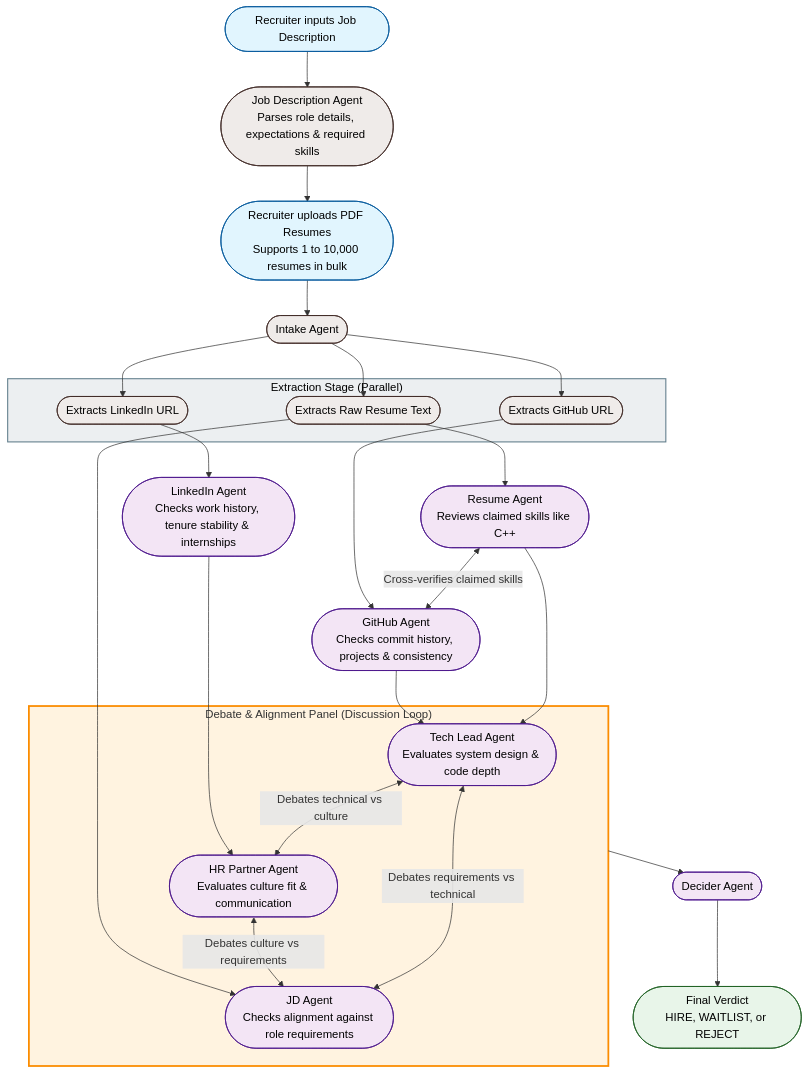
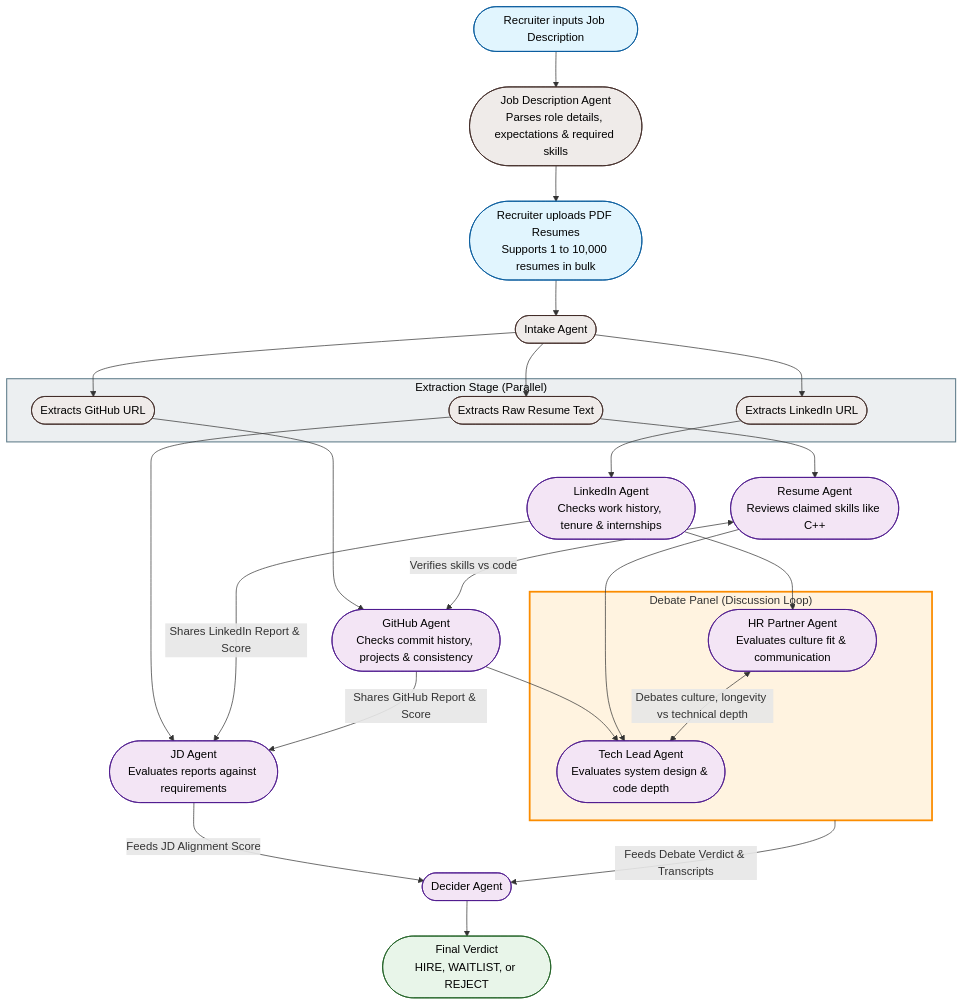
Before and after one commit to Mahesh-Nandigam/HirePanel.Ai: the diagram in README.md, drawn with Mermaid. The commit also changed other lines of this file, not shown here.

Commit message:
docs: optimize Mermaid routing layout, fix crossed lines, update debate panel participants, and update agent descriptions

````diff
--- a/README.md
+++ b/README.md
@@ -27,74 +27,77 @@
 ```mermaid
 flowchart TD
     %% Define styles for clean appearance and high contrast text
     classDef input fill:#e1f5fe,stroke:#01579b,stroke-width:1px,color:#000;
     classDef agent fill:#f3e5f5,stroke:#4a148c,stroke-width:1px,color:#000;
     classDef step fill:#efebe9,stroke:#3e2723,stroke-width:1px,color:#000;
     classDef output fill:#e8f5e9,stroke:#1b5e20,stroke-width:1px,color:#000;
 
     %% 1. Inputs & Initial Parsing
     RecruiterJD([Recruiter inputs Job Description])
     JDAgentInput([Job Description Agent<br/>Parses role details, expectations & required skills])
     RecruiterPDF([Recruiter uploads PDF Resumes<br/>Supports 1 to 10,000 resumes in bulk])
     
     RecruiterJD --> JDAgentInput
     JDAgentInput --> RecruiterPDF
 
     %% 2. Intake
     Intake([Intake Agent])
     RecruiterPDF --> Intake
 
-    %% 3. Parsing & Routing (Grouped at the same level)
+    %% 3. Parsing & Routing (Aligned horizontally to prevent crossed lines)
     subgraph ExtractionStage ["Extraction Stage (Parallel)"]
-        ExtractGH([Extracts GitHub URL])
         ExtractLI([Extracts LinkedIn URL])
         ExtractTxt([Extracts Raw Resume Text])
+        ExtractGH([Extracts GitHub URL])
     end
     style ExtractionStage fill:#eceff1,stroke:#607d8b,stroke-width:1.5px,color:#000;
 
-    Intake --> ExtractGH
     Intake --> ExtractLI
     Intake --> ExtractTxt
+    Intake --> ExtractGH
 
-    %% 4. Assessment Agents
+    %% 4. Assessment Agents (First Level)
+    LIAgent([LinkedIn Agent<br/>Checks work history, tenure & internships])
+    ResAgent([Resume Agent<br/>Reviews claimed skills like C++])
     GHAgent([GitHub Agent<br/>Checks commit history, projects & consistency])
-    LIAgent([LinkedIn Agent<br/>Checks work history, tenure stability & internships])
-    ResAgent([Resume Agent<br/>Reviews claimed skills like C++])
 
-    ExtractGH --> GHAgent
     ExtractLI --> LIAgent
     ExtractTxt --> ResAgent
+    ExtractGH --> GHAgent
 
-    %% Cross Verification Loop
-    ResAgent <-->|Cross-verifies claimed skills| GHAgent
+    %% Cross Verification Link (Horizontal)
+    ResAgent <-->|Verifies skills vs code| GHAgent
 
-    %% 5. Debate Panel (Discussion Loop)
+    %% 5. JD Agent Scoring
+    JDAgent([JD Agent<br/>Evaluates reports against requirements])
+    
+    ExtractTxt --> JDAgent
+    LIAgent -->|Shares LinkedIn Report & Score| JDAgent
+    GHAgent -->|Shares GitHub Report & Score| JDAgent
+
+    %% 6. Debate Panel (Discussion Loop)
+    HRPartner([HR Partner Agent<br/>Evaluates culture fit & communication])
+    TechLead([Tech Lead Agent<br/>Evaluates system design & code depth])
+
+    LIAgent --> HRPartner
     GHAgent --> TechLead
     ResAgent --> TechLead
-    LIAgent --> HRPartner
-    ExtractTxt --> JDAgent
 
-    subgraph DebatePanel ["Debate & Alignment Panel (Discussion Loop)"]
-        JDAgent([JD Agent<br/>Checks alignment against role requirements])
-        TechLead([Tech Lead Agent<br/>Evaluates system design & code depth])
-        HRPartner([HR Partner Agent<br/>Evaluates culture fit & communication])
-        
-        %% Discussion Loop Arrows
-        TechLead <-->|Debates technical vs culture| HRPartner
-        HRPartner <-->|Debates culture vs requirements| JDAgent
-        JDAgent <-->|Debates requirements vs technical| TechLead
+    subgraph DebatePanel ["Debate Panel (Discussion Loop)"]
+        HRPartner <-->|Debates culture, longevity vs technical depth| TechLead
     end
     style DebatePanel fill:#fff3e0,stroke:#fb8c00,stroke-width:2.5px;
 
-    %% 6. Verdict
+    %% 7. Verdict
     Decider([Decider Agent])
     Verdict([Final Verdict<br/>HIRE, WAITLIST, or REJECT])
 
-    DebatePanel --> Decider
+    JDAgent -->|Feeds JD Alignment Score| Decider
+    DebatePanel -->|Feeds Debate Verdict & Transcripts| Decider
     Decider --> Verdict
 
     class RecruiterJD,RecruiterPDF input;
     class JDAgentInput,Intake,ExtractGH,ExtractLI,ExtractTxt step;
     class GHAgent,LIAgent,ResAgent,JDAgent,TechLead,HRPartner,Decider agent;
     class Verdict output;
 ```
````
